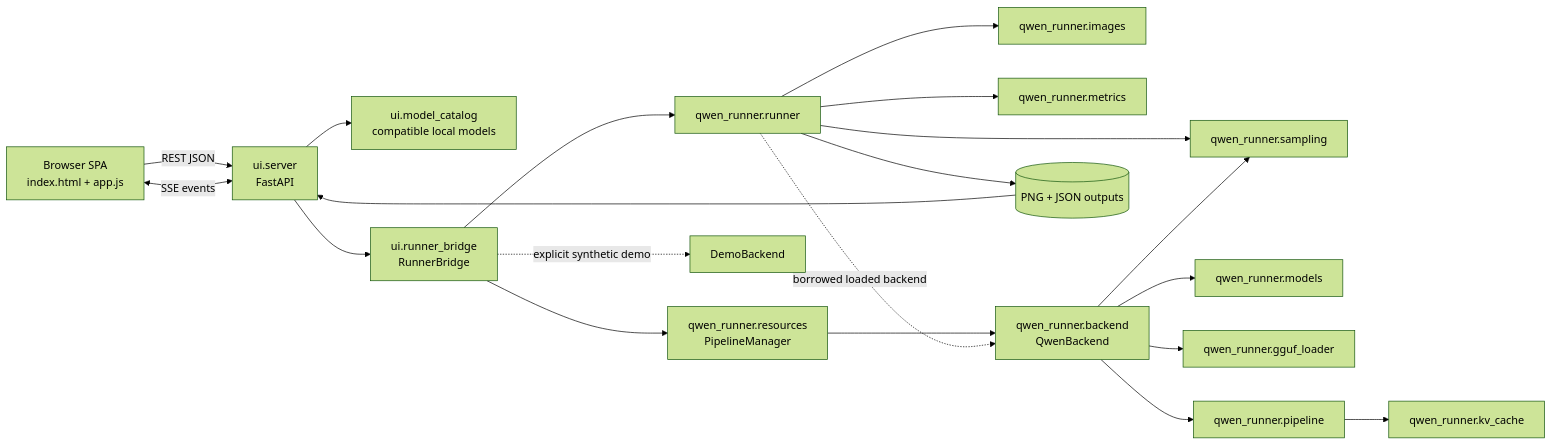
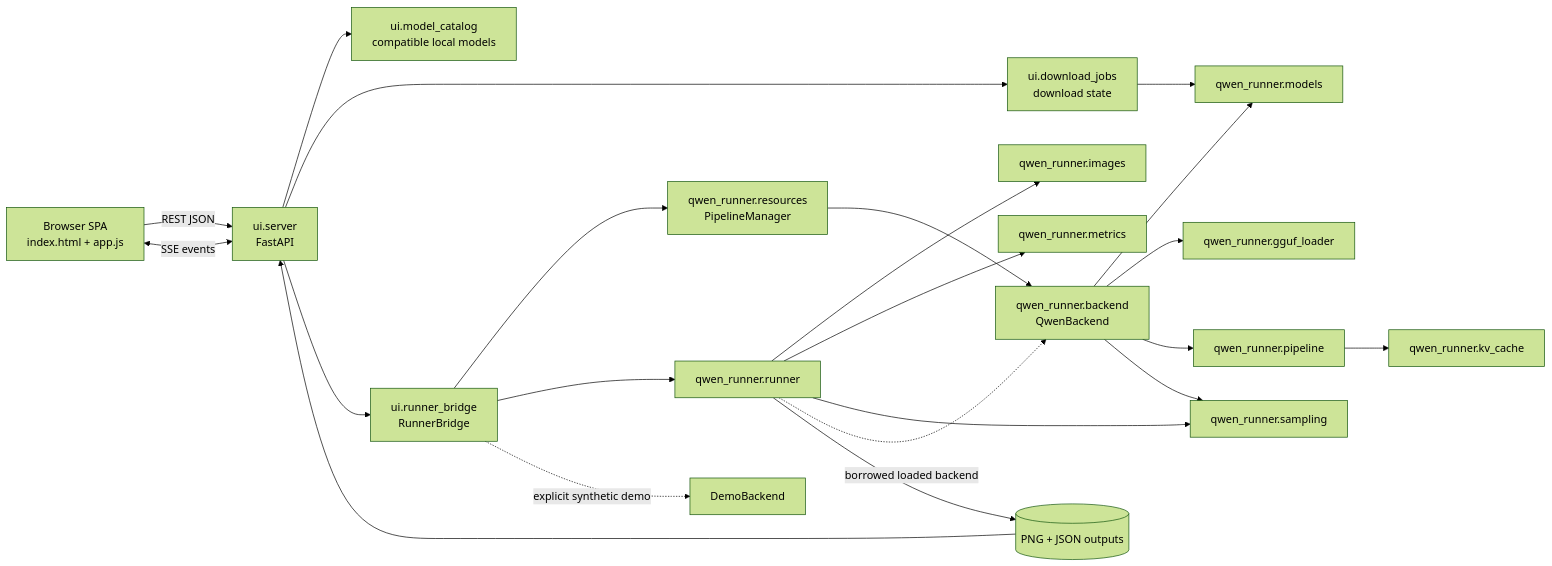
Before and after one commit to Farzine/qwen_workflow_runner: the first of 2 diagrams in CONTEXT.md, drawn with Mermaid (forest theme). The commit also changed other lines of this file and 12 other files, not shown here.

````diff
--- a/CONTEXT.md
+++ b/CONTEXT.md
@@ -58,22 +59,24 @@
 ```mermaid
 flowchart LR
     Browser[Browser SPA<br/>index.html + app.js] -->|REST JSON| Server[ui.server<br/>FastAPI]
     Browser <-->|SSE events| Server
     Server --> Catalog[ui.model_catalog<br/>compatible local models]
+    Server --> Downloads[ui.download_jobs<br/>download state]
+    Downloads --> Models
     Server --> Bridge[ui.runner_bridge<br/>RunnerBridge]
     Bridge --> Manager[qwen_runner.resources<br/>PipelineManager]
     Bridge --> Runner[qwen_runner.runner]
     Runner --> Images[qwen_runner.images]
     Runner --> Metrics[qwen_runner.metrics]
     Runner --> Sampling[qwen_runner.sampling]
     Manager --> Backend[qwen_runner.backend<br/>QwenBackend]
     Runner -. borrowed loaded backend .-> Backend
     Bridge -. explicit synthetic demo .-> Demo[DemoBackend]
     Backend --> Models[qwen_runner.models]
     Backend --> GGUF[qwen_runner.gguf_loader]
     Backend --> Pipeline[qwen_runner.pipeline]
     Backend --> Sampling
     Pipeline --> Cache[qwen_runner.kv_cache]
     Runner --> Outputs[(PNG + JSON outputs)]
     Outputs --> Server
 ```
````
